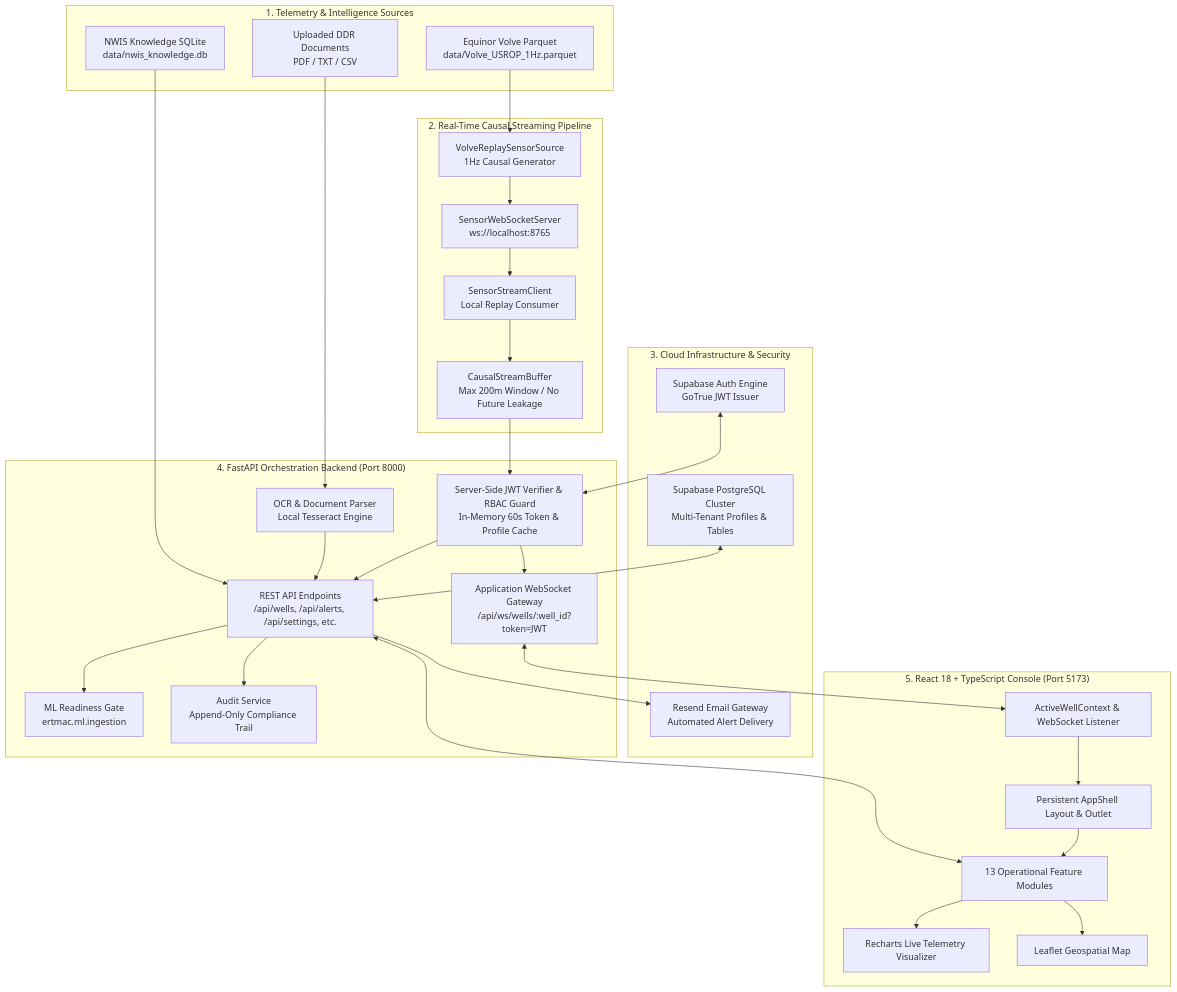
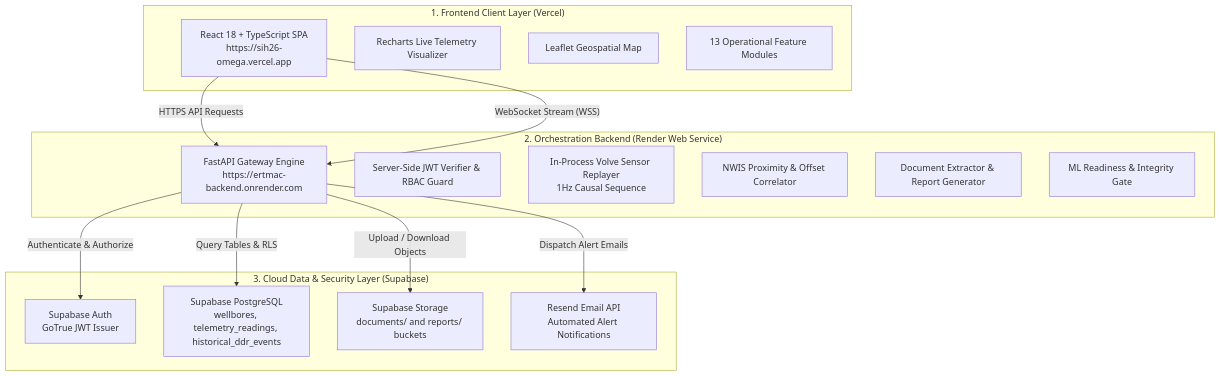
The first of 2 diagrams in README.md (anshu2k24/sih26), drawn with Mermaid before and after one commit. The commit also changed other lines of this file, not shown here.

Commit message:
docs: update README with live cloud deployment URLs, authentic dataset provenance, and architecture diagrams

````diff
--- a/README.md
+++ b/README.md
@@ -57,63 +69,32 @@
 ```mermaid
 flowchart TD
-    subgraph DataLayer ["1. Telemetry & Intelligence Sources"]
-        A["Equinor Volve Parquet<br/>data/Volve_USROP_1Hz.parquet"]
-        B["NWIS Knowledge SQLite<br/>data/nwis_knowledge.db"]
-        C["Uploaded DDR Documents<br/>PDF / TXT / CSV"]
+    subgraph ClientLayer ["1. Frontend Client Layer (Vercel)"]
+        A["React 18 + TypeScript SPA<br/>https://sih26-omega.vercel.app"]
+        B["Recharts Live Telemetry Visualizer"]
+        C["Leaflet Geospatial Map"]
+        D["13 Operational Feature Modules"]
     end
 
-    subgraph StreamingEngine ["2. Real-Time Causal Streaming Pipeline"]
-        D["VolveReplaySensorSource<br/>1Hz Causal Generator"]
-        E["SensorWebSocketServer<br/>ws://localhost:8765"]
-        F["SensorStreamClient<br/>Local Replay Consumer"]
-        G["CausalStreamBuffer<br/>Max 200m Window / No Future Leakage"]
+    subgraph BackendLayer ["2. Orchestration Backend (Render Web Service)"]
+        E["FastAPI Gateway Engine<br/>https://ertmac-backend.onrender.com"]
+        F["Server-Side JWT Verifier & RBAC Guard"]
+        G["In-Process Volve Sensor Replayer<br/>1Hz Causal Sequence"]
+        H["NWIS Proximity & Offset Correlator"]
+        I["Document Extractor & Report Generator"]
+        J["ML Readiness & Integrity Gate"]
     end
 
-    subgraph CloudPersistence ["3. Cloud Infrastructure & Security"]
-        H["Supabase Auth Engine<br/>GoTrue JWT Issuer"]
-        I["Supabase PostgreSQL Cluster<br/>Multi-Tenant Profiles & Tables"]
-        J["Resend Email Gateway<br/>Automated Alert Delivery"]
+    subgraph CloudLayer ["3. Cloud Data & Security Layer (Supabase)"]
+        K["Supabase Auth<br/>GoTrue JWT Issuer"]
+        L["Supabase PostgreSQL<br/>wellbores, telemetry_readings, historical_ddr_events"]
+        M["Supabase Storage<br/>documents/ and reports/ buckets"]
+        N["Resend Email API<br/>Automated Alert Notifications"]
     end
 
-    subgraph BackendOrchestrator ["4. FastAPI Orchestration Backend (Port 8000)"]
-        K["Server-Side JWT Verifier & RBAC Guard<br/>In-Memory 60s Token & Profile Cache"]
-        L["REST API Endpoints<br/>/api/wells, /api/alerts, /api/settings, etc."]
-        M["Application WebSocket Gateway<br/>/api/ws/wells/:well_id?token=JWT"]
-        N["ML Readiness Gate<br/>ertmac.ml.ingestion"]
-        O["Audit Service<br/>Append-Only Compliance Trail"]
-        P["OCR & Document Parser<br/>Local Tesseract Engine"]
-    end
-
-    subgraph FrontendConsole ["5. React 18 + TypeScript Console (Port 5173)"]
-        Q["Persistent AppShell Layout & Outlet"]
-        R["ActiveWellContext & WebSocket Listener"]
-        S["13 Operational Feature Modules"]
-        T["Recharts Live Telemetry Visualizer"]
-        U["Leaflet Geospatial Map"]
-    end
-
-    A --> D
-    D --> E
-    E --> F
-    F --> G
-    G --> K
-    B --> L
-    C --> P
-    P --> L
-    
-    H <--> K
-    I <--> L
-    L --> J
-    
-    K --> L
-    K --> M
-    L --> N
-    L --> O
-    
-    L <--> S
-    M <--> R
-    R --> Q
-    Q --> S
-    S --> T
-    S --> U
+    A -->|"HTTPS API Requests"| E
+    A -->|"WebSocket Stream (WSS)"| E
+    E -->|"Authenticate & Authorize"| K
+    E -->|"Query Tables & RLS"| L
+    E -->|"Upload / Download Objects"| M
+    E -->|"Dispatch Alert Emails"| N
 ```
````
